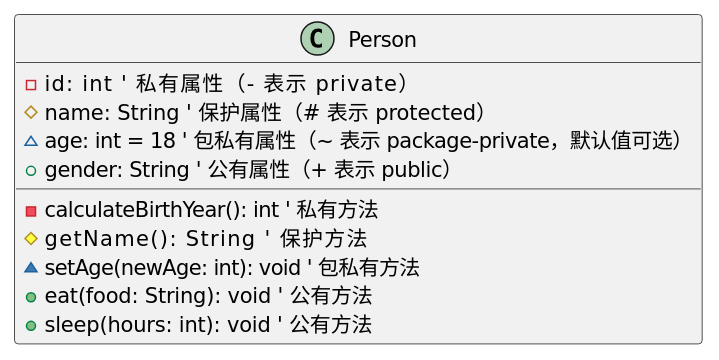
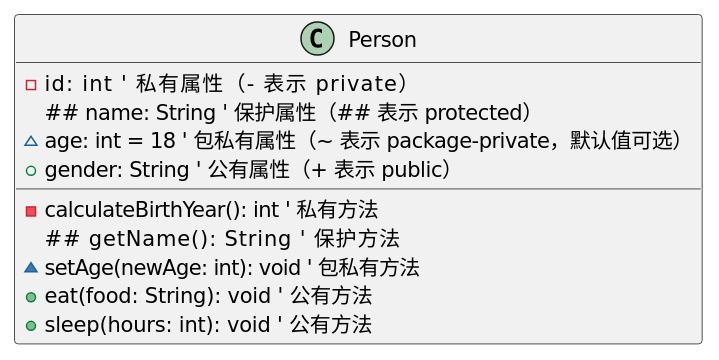
One commit to an2018x/an2018x.github.io changed the first of 21 diagrams in content/posts/uml.md. Above: the diagram before and after it, drawn with PlantUML. The commit also changed other lines of this file, not shown here.

Commit message:
add diagram

````diff
--- a/content/posts/uml.md
+++ b/content/posts/uml.md
@@ -34,20 +151,20 @@
 ```plantuml
 @startuml
 ' 格式：class 类名 {
 '   可见性  属性名: 类型 [= 默认值]
 '   可见性  方法名(参数: 类型): 返回值
 ' }
 class Person {
   - id: int          ' 私有属性（- 表示 private）
-  # name: String     ' 保护属性（# 表示 protected）
+  ## name: String     ' 保护属性（## 表示 protected）
   ~ age: int = 18    ' 包私有属性（~ 表示 package-private，默认值可选）
   + gender: String   ' 公有属性（+ 表示 public）
   
   - calculateBirthYear(): int  ' 私有方法
-  # getName(): String          ' 保护方法
+  ## getName(): String          ' 保护方法
   ~ setAge(newAge: int): void  ' 包私有方法
   + eat(food: String): void    ' 公有方法
   + sleep(hours: int): void    ' 公有方法
 }
 @enduml
 ```
````
